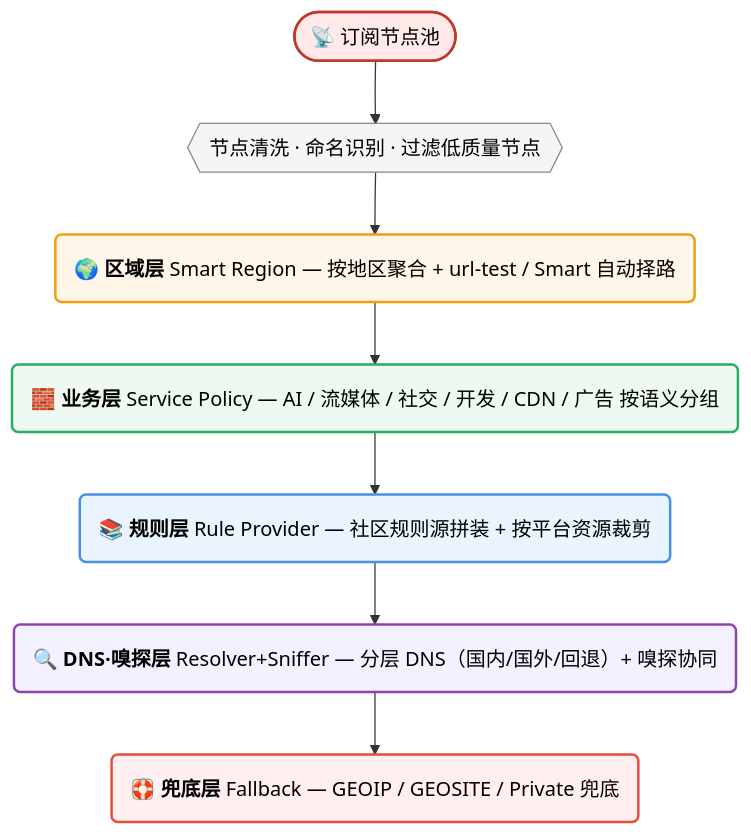
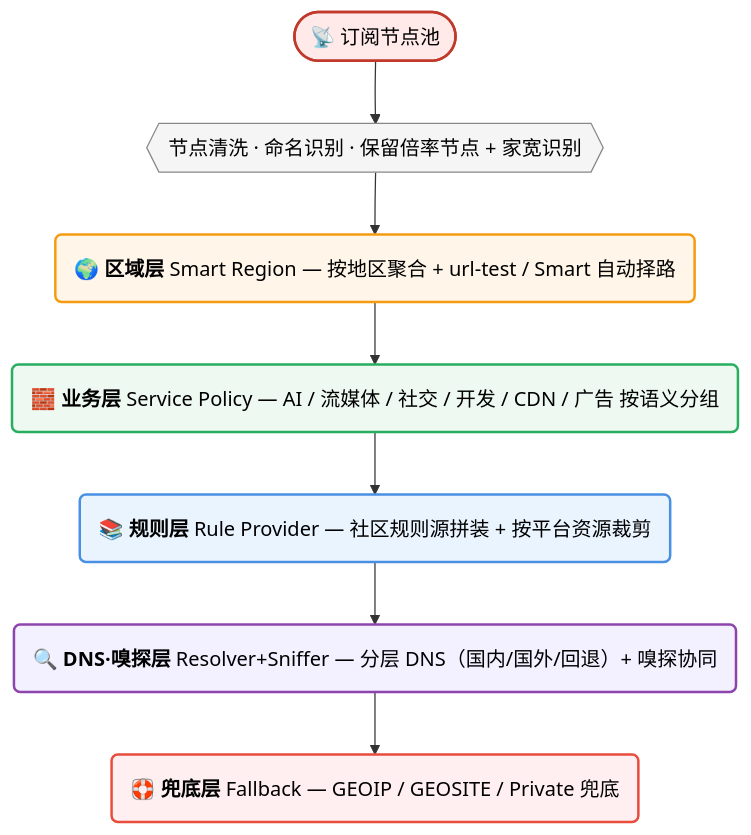
The first of 2 diagrams in README.md (blog2i2j/IvanSolis1989.._..Smart-Config-Kit), drawn with Mermaid before and after one commit. The commit also changed other lines of this file and 13 other files, not shown here.

````diff
--- a/README.md
+++ b/README.md
@@ -55,24 +55,24 @@
 ```mermaid
 ---
 config:
   flowchart:
     htmlLabels: true
     wrappingWidth: 800
 ---
 flowchart TB
     A(["📡&nbsp;订阅节点池"])
-    A --> B{{"节点清洗&nbsp;·&nbsp;命名识别&nbsp;·&nbsp;过滤低质量节点"}}
+    A --> B{{"节点清洗&nbsp;·&nbsp;命名识别&nbsp;·&nbsp;保留倍率节点&nbsp;+&nbsp;家宽识别"}}
     B --> C("🌍&nbsp;<b>区域层</b>&nbsp;Smart&nbsp;Region&nbsp;—&nbsp;按地区聚合&nbsp;+&nbsp;url-test&nbsp;/&nbsp;Smart&nbsp;自动择路")
     C --> D("🧱&nbsp;<b>业务层</b>&nbsp;Service&nbsp;Policy&nbsp;—&nbsp;AI&nbsp;/&nbsp;流媒体&nbsp;/&nbsp;社交&nbsp;/&nbsp;开发&nbsp;/&nbsp;CDN&nbsp;/&nbsp;广告&nbsp;按语义分组")
     D --> E("📚&nbsp;<b>规则层</b>&nbsp;Rule&nbsp;Provider&nbsp;—&nbsp;社区规则源拼装&nbsp;+&nbsp;按平台资源裁剪")
     E --> F("🔍&nbsp;<b>DNS·嗅探层</b>&nbsp;Resolver+Sniffer&nbsp;—&nbsp;分层&nbsp;DNS（国内/国外/回退）+&nbsp;嗅探协同")
     F --> G("🛟&nbsp;<b>兜底层</b>&nbsp;Fallback&nbsp;—&nbsp;GEOIP&nbsp;/&nbsp;GEOSITE&nbsp;/&nbsp;Private&nbsp;兜底")
 
     style A fill:#FFE9E9,stroke:#C0392B,stroke-width:2px,color:#000
     style B fill:#F5F5F5,stroke:#888,stroke-width:1px,color:#000
     style C fill:#FFF6E9,stroke:#F39C12,stroke-width:2px,color:#000
     style D fill:#EEF9F1,stroke:#27AE60,stroke-width:2px,color:#000
     style E fill:#EAF4FF,stroke:#4A90E2,stroke-width:2px,color:#000
     style F fill:#F3F0FF,stroke:#8E44AD,stroke-width:2px,color:#000
     style G fill:#FFEFF0,stroke:#E74C3C,stroke-width:2px,color:#000
 ```
````
